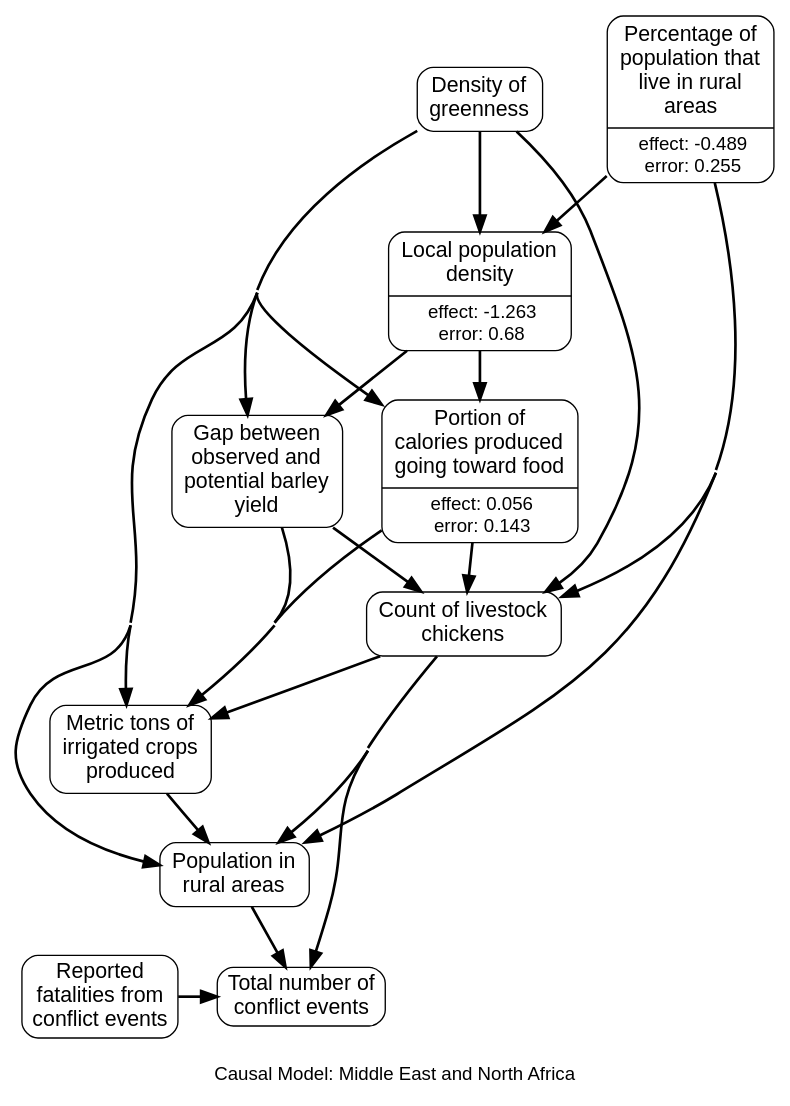
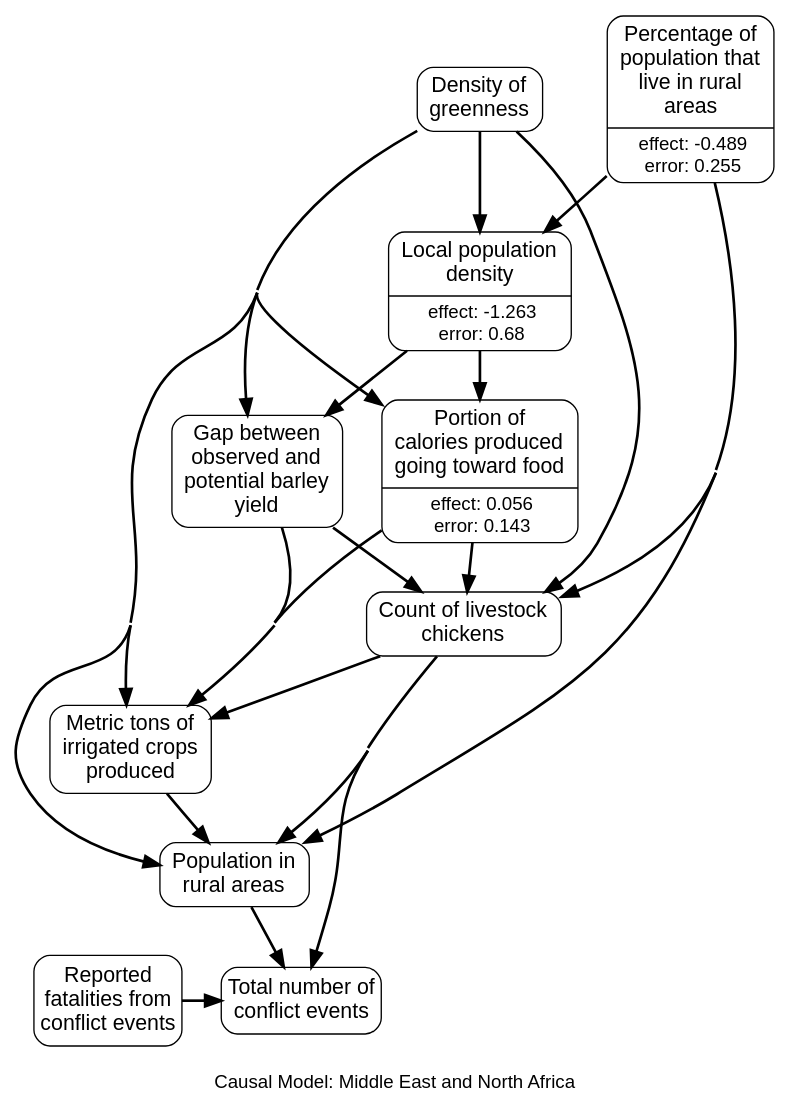
One commit to wri/wri-wpsi changed the diagram in app/javascript/images/regions/causal_graphs/middle_east_and_north_africa.gv. Above: the diagram before and after it, drawn with Graphviz. The commit also changed 14 other files, not shown here.

```diff
--- a/app/javascript/images/regions/causal_graphs/middle_east_and_north_africa.gv
+++ b/app/javascript/images/regions/causal_graphs/middle_east_and_north_africa.gv
@@ -1,81 +1,81 @@
 # generated file for region: middle_east_and_north_africa by CausalModelRegionGenerator
 strict digraph causalModel {
 fontname="Helvetica, Arial, sans-serif";
 label="
 Causal Model: Middle East and North Africa";
 labelloc = b;
 nodesep = 0.4;
 concentrate = true;
 node[shape = Mrecord, fontname = "Helvetica, Arial, sans-serif", margin = "0.10,0.06", penwidth = 1.0];
 edge[arrowsize = 1.2, penwidth = 2];
 
 # nodes
 DeliveredkcalFraction_s [label = <{<table align="center" border="0" cellspacing="1" cellpadding="1">
 <tr><td><font point-size="16">Portion of<br/>calories produced<br/>going toward food<br/></font></td></tr>
 </table>
 |<table border="0" cellspacing="1" cellpadding="0.5"><tr><td><font point-size="14">effect: 0.056</font></td></tr>
 <tr><td><font point-size="14">error: 0.143</font></td></tr></table>}>, class = rankB];
 chicken_number_s [label = <<table align="center" border="0" cellspacing="1" cellpadding="1">
 <tr><td><font point-size="16">Count of livestock<br/>chickens<br/></font></td></tr>
 </table>
 >, class = rankB];
 spam_P_i_avg_s [label = <<table align="center" border="0" cellspacing="1" cellpadding="1">
 <tr><td><font point-size="16">Metric tons of<br/>irrigated crops<br/>produced<br/></font></td></tr>
 </table>
 >, class = rankB];
 rurpop_s [label = <<table align="center" border="0" cellspacing="1" cellpadding="1">
 <tr><td><font point-size="16">Population in<br/>rural areas<br/></font></td></tr>
 </table>
 >, class = rankB];
 yield_gap_barley_s [label = <<table align="center" border="0" cellspacing="1" cellpadding="1">
 <tr><td><font point-size="16">Gap between<br/>observed and<br/>potential barley<br/>yield<br/></font></td></tr>
 </table>
 >, class = rankB];
 rurratio_s [label = <{<table align="center" border="0" cellspacing="1" cellpadding="1">
 <tr><td><font point-size="16">Percentage of<br/>population that<br/>live in rural<br/>areas<br/></font></td></tr>
 </table>
 |<table border="0" cellspacing="1" cellpadding="0.5"><tr><td><font point-size="14">effect: -0.489</font></td></tr>
 <tr><td><font point-size="14">error: 0.255</font></td></tr></table>}>, class = rankA];
 locdensity_y [label = <{<table align="center" border="0" cellspacing="1" cellpadding="1">
 <tr><td><font point-size="16">Local population<br/>density<br/></font></td></tr>
 </table>
 |<table border="0" cellspacing="1" cellpadding="0.5"><tr><td><font point-size="14">effect: -1.263</font></td></tr>
 <tr><td><font point-size="14">error: 0.68</font></td></tr></table>}>, class = rankB];
 ndvi_act_min_m [label = <<table align="center" border="0" cellspacing="1" cellpadding="1">
 <tr><td><font point-size="16">Density of<br/>greenness<br/></font></td></tr>
 </table>
 >, class = rankA];
 acl_sum_evnt_m [label = "Total number of
-conflict events", class = rankC, shape=box, style=rounded, fontsize="16pt"];
+conflict events" class = rankC shape=box style=rounded fontsize="16pt" margin = "0.05,0.10"];
 acl_sum_fatl_m [label = "Reported
 fatalities from
-conflict events", class = rankC, shape=box, style=rounded, fontsize="16pt"];
+conflict events" class = rankC shape=box style=rounded fontsize="16pt" margin = "0.05,0.10"];
 
 #ranks
 {rank=same; rurratio_s ndvi_act_min_m; }
 {rank=same; acl_sum_evnt_m acl_sum_fatl_m; }
 
 # links
 DeliveredkcalFraction_s -> chicken_number_s;
 DeliveredkcalFraction_s -> spam_P_i_avg_s;
 chicken_number_s -> spam_P_i_avg_s;
 chicken_number_s -> rurpop_s;
 chicken_number_s -> acl_sum_evnt_m;
 spam_P_i_avg_s -> rurpop_s;
 rurpop_s -> acl_sum_evnt_m;
 yield_gap_barley_s -> chicken_number_s;
 yield_gap_barley_s -> spam_P_i_avg_s;
 rurratio_s -> chicken_number_s;
 rurratio_s -> rurpop_s;
 rurratio_s -> locdensity_y;
 locdensity_y -> DeliveredkcalFraction_s;
 locdensity_y -> yield_gap_barley_s;
 ndvi_act_min_m -> DeliveredkcalFraction_s;
 ndvi_act_min_m -> chicken_number_s;
 ndvi_act_min_m -> spam_P_i_avg_s;
 ndvi_act_min_m -> rurpop_s;
 ndvi_act_min_m -> yield_gap_barley_s;
 ndvi_act_min_m -> locdensity_y;
 acl_sum_fatl_m -> acl_sum_evnt_m;
 
 }
```
